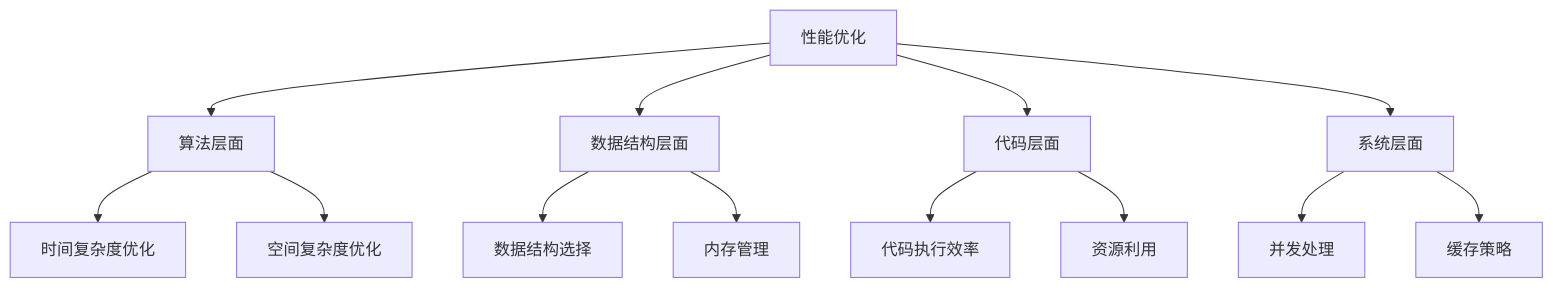
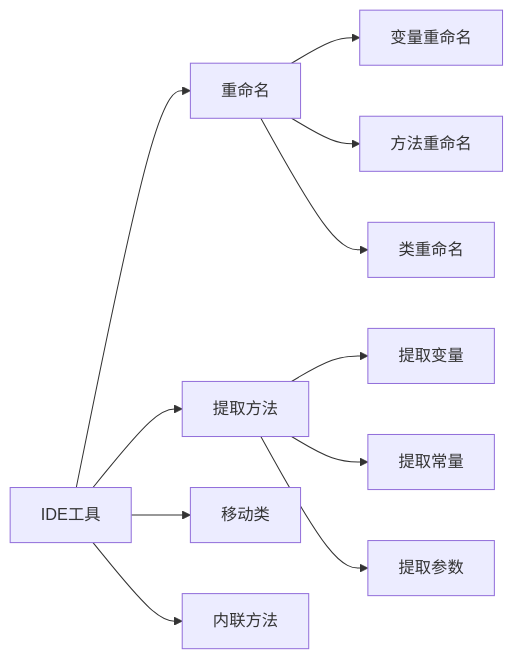
One commit to wutongci/cursor-courses changed the third of 10 diagrams in base/第六章-代码重构与工具实战.md. Above: the diagram before and after it, drawn with Mermaid. The commit also changed other lines of this file and 9 other files, not shown here.

````diff
--- a/base/第六章-代码重构与工具实战.md
+++ b/base/第六章-代码重构与工具实战.md
@@ -80,19 +219,15 @@
 ```mermaid
-graph TB
-    A[性能优化] --> B[算法层面]
-    A --> C[数据结构层面]
-    A --> D[代码层面]
-    A --> E[系统层面]
+graph LR
+    A[IDE工具] --> B[重命名]
+    A --> C[提取方法]
+    A --> D[移动类]
+    A --> E[内联方法]
     
-    B --> F[时间复杂度优化]
-    B --> G[空间复杂度优化]
+    B --> F[变量重命名]
+    B --> G[方法重命名]
+    B --> H[类重命名]
     
-    C --> H[数据结构选择]
-    C --> I[内存管理]
-    
-    D --> J[代码执行效率]
-    D --> K[资源利用]
-    
-    E --> L[并发处理]
-    E --> M[缓存策略]
+    C --> I[提取变量]
+    C --> J[提取常量]
+    C --> K[提取参数]
 ```
````
